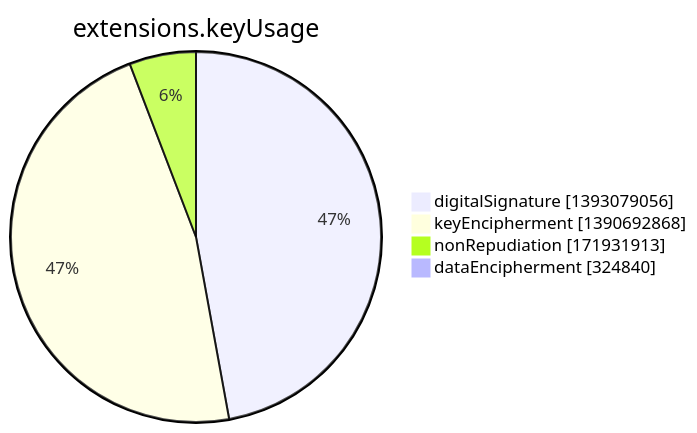
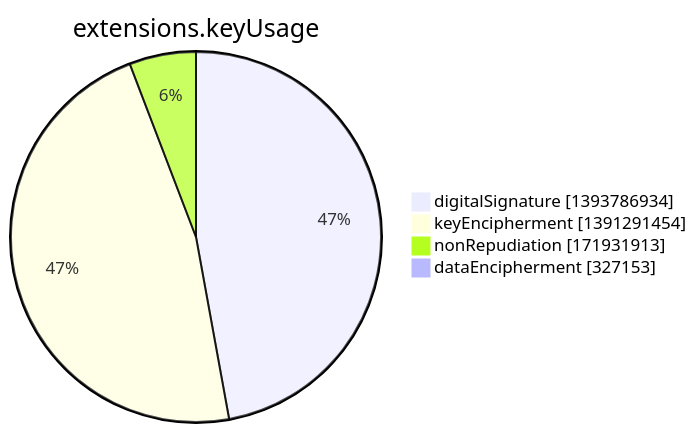
Before and after one commit to christiankrug/ctmonitor_visualization: the seventh of 15 diagrams in argon2022/README.md, drawn with Mermaid. The commit also changed other lines of this file, not shown here.

````diff
--- a/argon2022/README.md
+++ b/argon2022/README.md
@@ -2751,8 +2751,8 @@
 ```mermaid
 pie showData
 title extensions.keyUsage
-"digitalSignature" :1393079056
-"keyEncipherment" :1390692868
+"digitalSignature" :1393786934
+"keyEncipherment" :1391291454
 "nonRepudiation" :171931913
-"dataEncipherment" :324840
+"dataEncipherment" :327153
 ```
````
